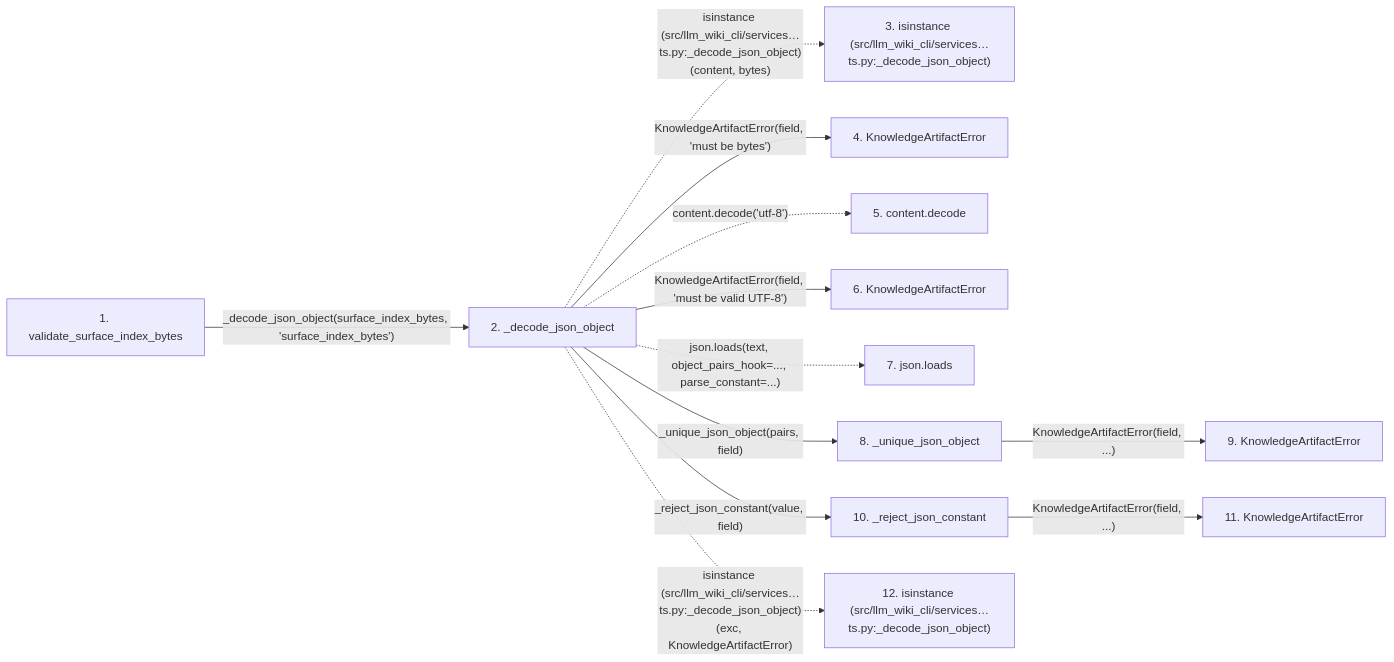
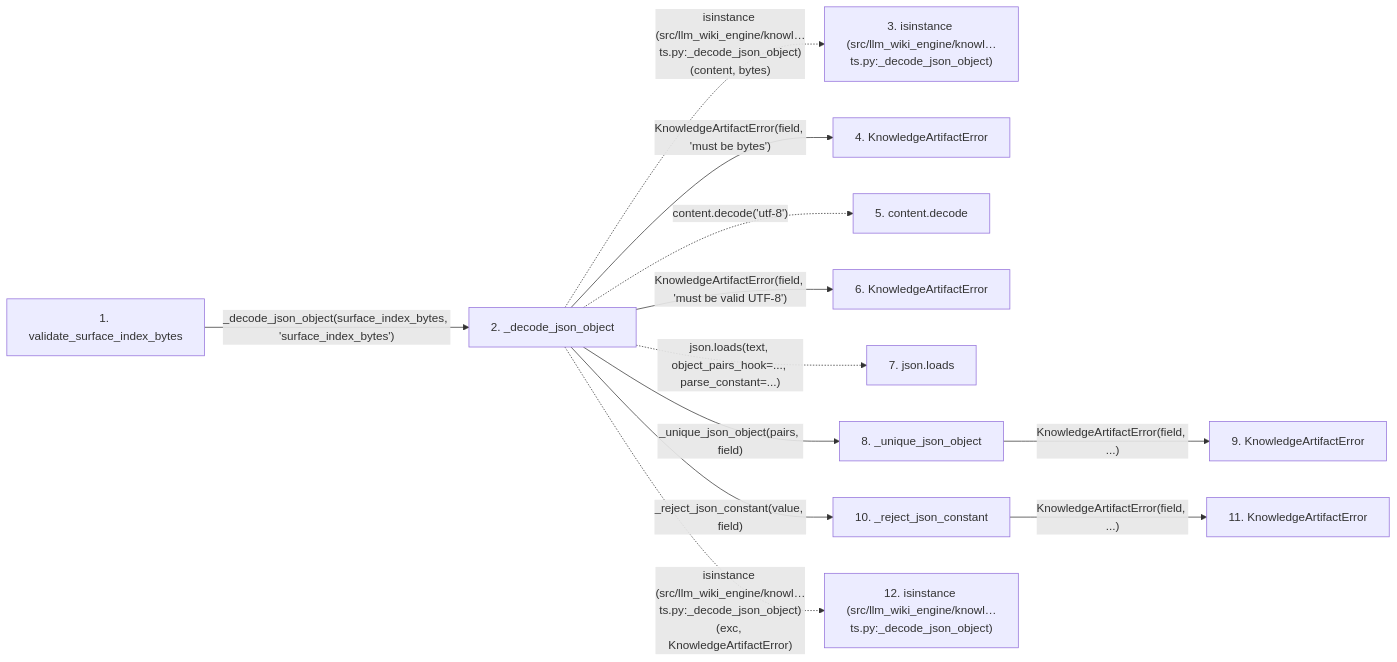
The second of 2 diagrams in docs/llm_wiki/flows/api-validate_surface_index_bytes.md (Denissvgn/python-wiki-llm), drawn with Mermaid before and after one commit. The commit also changed other lines of this file and 1058 other files, not shown here.

First line of the commit message:
docs: refresh the wiki for the knowledge store move

````diff
--- a/docs/llm_wiki/flows/api-validate_surface_index_bytes.md
+++ b/docs/llm_wiki/flows/api-validate_surface_index_bytes.md
@@ -129,34 +129,34 @@
 ```mermaid
 flowchart LR
     s1["1. validate_surface_index_bytes"]
     s2["2. _decode_json_object"]
-    s3["3. isinstance (src/llm_wiki_cli/services…ts.py:_decode_json_object)"]
+    s3["3. isinstance (src/llm_wiki_engine/knowl…ts.py:_decode_json_object)"]
     s4["4. KnowledgeArtifactError"]
     s5["5. content.decode"]
     s6["6. KnowledgeArtifactError"]
     s7["7. json.loads"]
     s8["8. _unique_json_object"]
     s9["9. KnowledgeArtifactError"]
     s10["10. _reject_json_constant"]
     s11["11. KnowledgeArtifactError"]
-    s12["12. isinstance (src/llm_wiki_cli/services…ts.py:_decode_json_object)"]
+    s12["12. isinstance (src/llm_wiki_engine/knowl…ts.py:_decode_json_object)"]
     s1 -->|"_decode_json_object(surface_index_bytes, 'surface_index_bytes')"| s2
-    s2 -. "isinstance (src/llm_wiki_cli/services…ts.py:_decode_json_object)(content, bytes)" .-> s3
+    s2 -. "isinstance (src/llm_wiki_engine/knowl…ts.py:_decode_json_object)(content, bytes)" .-> s3
     s2 -->|"KnowledgeArtifactError(field, 'must be bytes')"| s4
     s2 -. "content.decode('utf-8')" .-> s5
     s2 -->|"KnowledgeArtifactError(field, 'must be valid UTF-8')"| s6
     s2 -. "json.loads(text, object_pairs_hook=..., parse_constant=...)" .-> s7
     s2 -->|"_unique_json_object(pairs, field)"| s8
     s8 -->|"KnowledgeArtifactError(field, ...)"| s9
     s2 -->|"_reject_json_constant(value, field)"| s10
     s10 -->|"KnowledgeArtifactError(field, ...)"| s11
-    s2 -. "isinstance (src/llm_wiki_cli/services…ts.py:_decode_json_object)(exc, KnowledgeArtifactError)" .-> s12
+    s2 -. "isinstance (src/llm_wiki_engine/knowl…ts.py:_decode_json_object)(exc, KnowledgeArtifactError)" .-> s12
     click s1 "../modules/knowledge_artifacts.md"
     click s2 "../modules/knowledge_artifacts.md"
     click s4 "../modules/knowledge_artifacts.md"
     click s6 "../modules/knowledge_artifacts.md"
     click s8 "../modules/knowledge_artifacts.md"
     click s9 "../modules/knowledge_artifacts.md"
     click s10 "../modules/knowledge_artifacts.md"
     click s11 "../modules/knowledge_artifacts.md"
 ```
````
